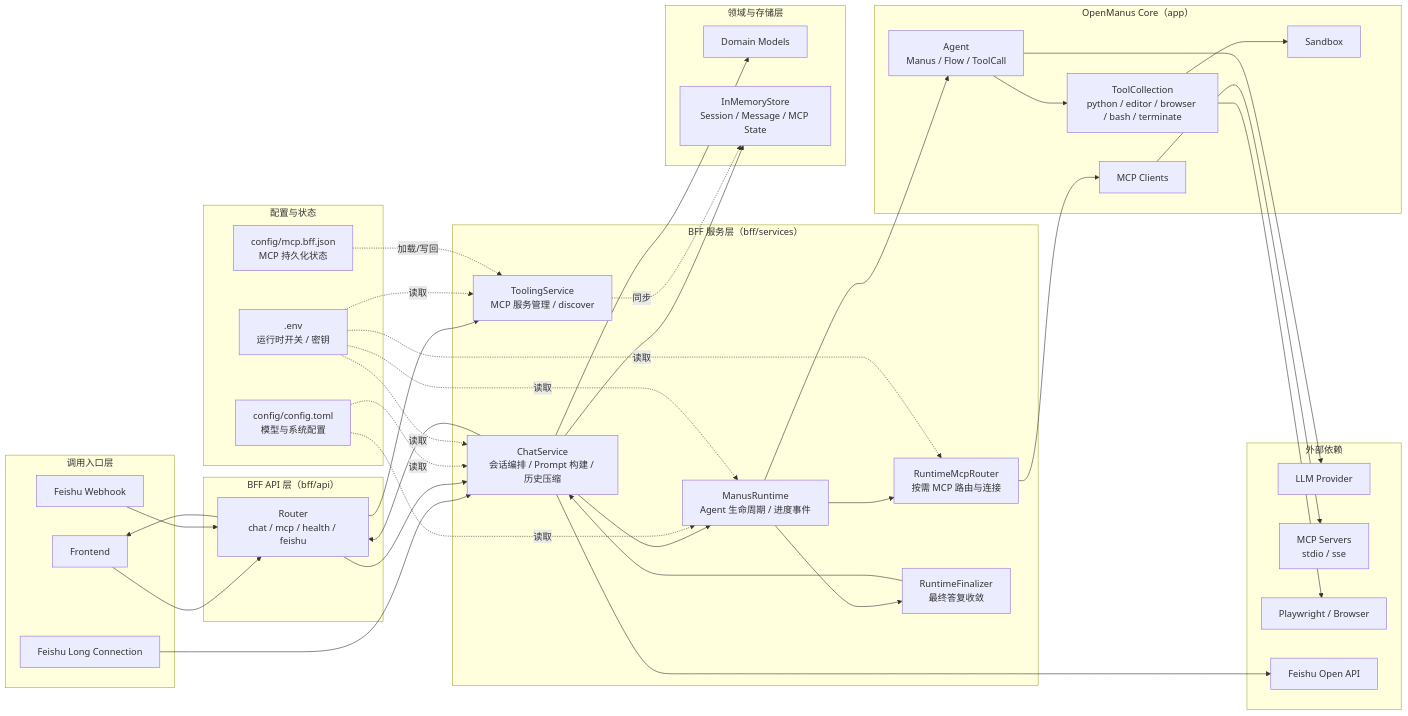
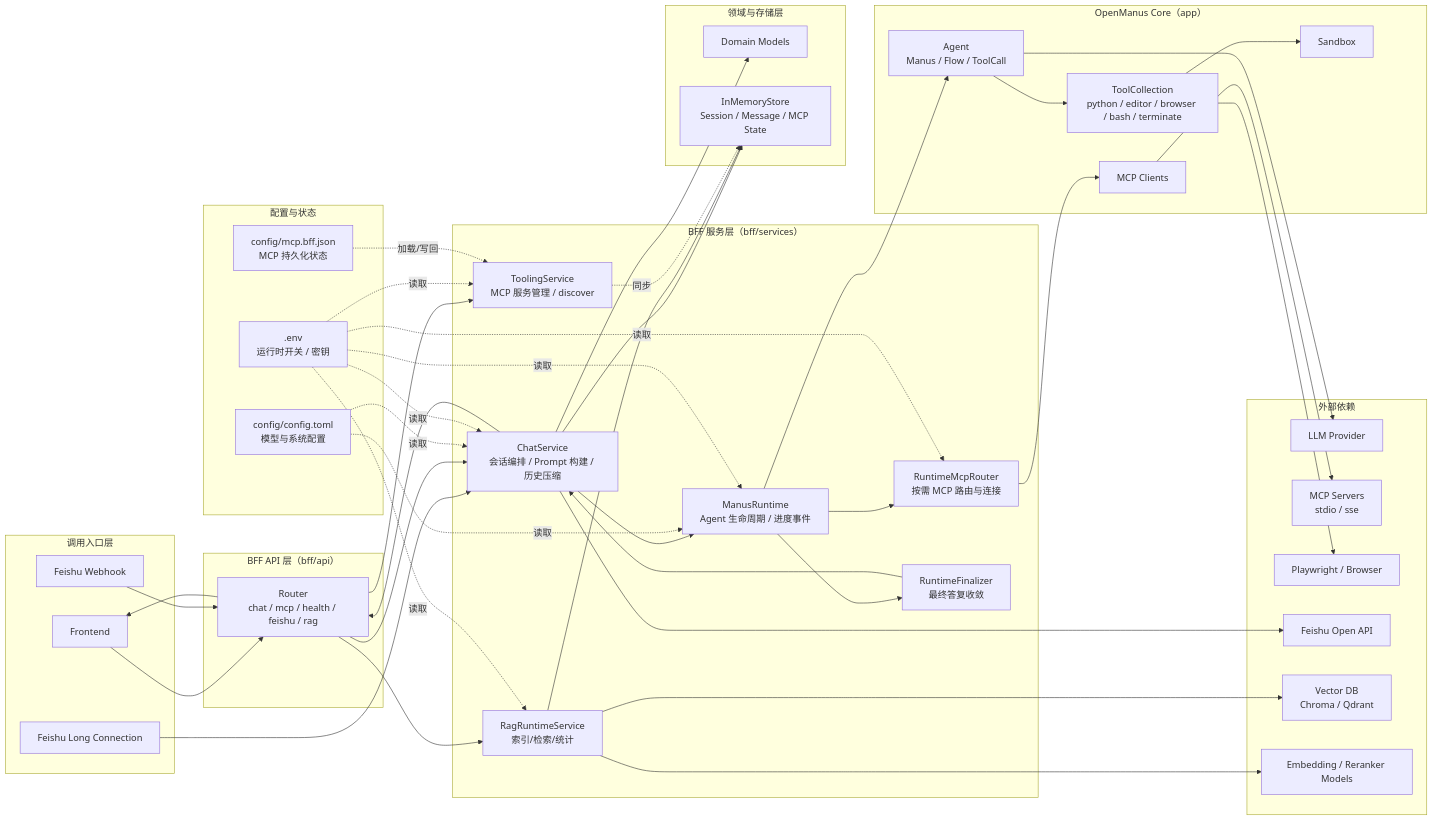
One commit to paiad/Leo changed the first of 4 diagrams in README.md. Above: the diagram before and after it, drawn with Mermaid. The commit also changed other lines of this file, not shown here.

Commit message:
docs(readme): add and align rag mermaid flows

````diff
--- a/README.md
+++ b/README.md
@@ -60,7 +60,7 @@
     end
 
     subgraph API["BFF API 层（bff/api）"]
-        AR[Router<br/>chat / mcp / health / feishu]
+        AR[Router<br/>chat / mcp / health / feishu / rag]
     end
 
     subgraph Service["BFF 服务层（bff/services）"]
@@ -69,6 +69,7 @@
         MR[RuntimeMcpRouter<br/>按需 MCP 路由与连接]
         RF[RuntimeFinalizer<br/>最终答复收敛]
         TS[ToolingService<br/>MCP 服务管理 / discover]
+        RS[RagRuntimeService<br/>索引/检索/统计]
     end
 
     subgraph DomainRepo["领域与存储层"]
@@ -88,6 +89,8 @@
         MCPS[MCP Servers<br/>stdio / sse]
         PW[Playwright / Browser]
         FSAPI[Feishu Open API]
+        VDB[Vector DB<br/>Chroma / Qdrant]
+        EMB[Embedding / Reranker Models]
     end
 
     subgraph ConfigState["配置与状态"]
@@ -101,6 +104,7 @@
     FLC --> CS
     AR --> CS
     AR --> TS
+    AR --> RS
 
     CS --> DM
     CS --> ST
@@ -118,6 +122,9 @@
     CS --> AR
     AR --> FE
     CS --> FSAPI
+    RS --> VDB
+    RS --> EMB
+    RS --> ST
 
     TOML -.读取.-> CS
     TOML -.读取.-> RT
@@ -125,6 +132,7 @@
     ENV -.读取.-> RT
     ENV -.读取.-> MR
     ENV -.读取.-> TS
+    ENV -.读取.-> RS
     MCPJSON -.加载/写回.-> TS
     TS -.同步.-> ST
 ```
````
